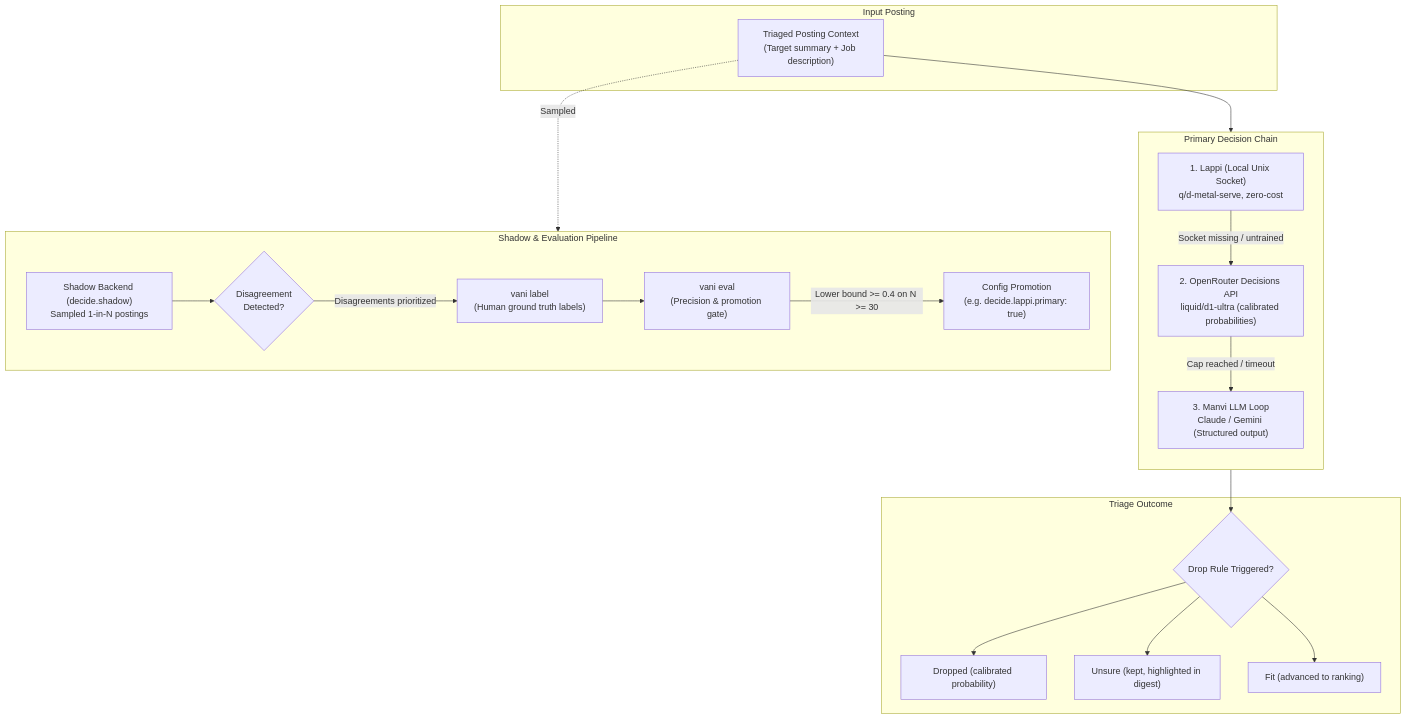
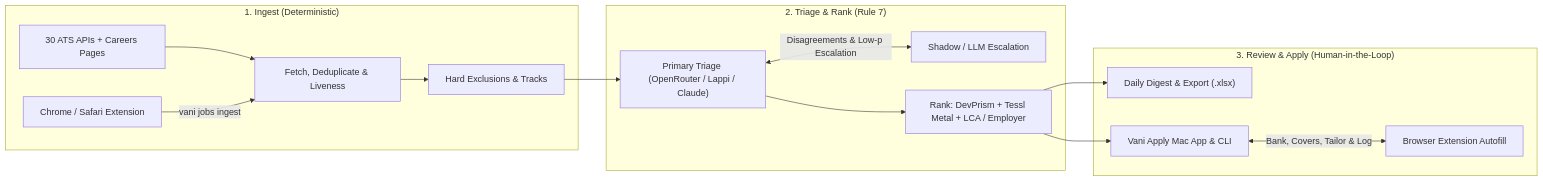
Before and after one commit to bharathvbcr/vani: the diagram in README.md, drawn with Mermaid. The commit also changed other lines of this file and 14 other files, not shown here.

````diff
--- a/README.md
+++ b/README.md
@@ -292,41 +14,20 @@
 ```mermaid
-flowchart TD
-    subgraph Input["Input Posting"]
-        P["Triaged Posting Context\n(Target summary + Job description)"]
-    end
+flowchart LR
+  subgraph Fetch["1. Ingest (Deterministic)"]
+    ATS["30 ATS APIs + Careers Pages"] --> Pipe["Fetch, Deduplicate & Liveness"]
+    Ext["Chrome / Safari Extension"] -->|"vani jobs ingest"| Pipe
+    Pipe --> Filter["Hard Exclusions & Tracks"]
+  end
 
-    subgraph PrimaryChain["Primary Decision Chain"]
-        direction TB
-        LAP["1. Lappi (Local Unix Socket)\nq/d-metal-serve, zero-cost"]
-        OR["2. OpenRouter Decisions API\nliquid/d1-ultra (calibrated probabilities)"]
-        LLM["3. Manvi LLM Loop\nClaude / Gemini (Structured output)"]
-        
-        LAP -->|Socket missing / untrained| OR
-        OR -->|Cap reached / timeout| LLM
-    end
+  subgraph Judge["2. Triage & Rank (Rule 7)"]
+    Filter --> Model["Primary Triage (OpenRouter / Lappi / Claude)"]
+    Model <-->|"Disagreements & Low-p Escalation"| Shadow["Shadow / LLM Escalation"]
+    Model --> Rank["Rank: DevPrism + Tessl Metal + LCA / Employer"]
+  end
 
-    subgraph ShadowSystem["Shadow & Evaluation Pipeline"]
-        SHADOW["Shadow Backend (decide.shadow)\nSampled 1-in-N postings"]
-        DISAGREE{"Disagreement\nDetected?"}
-        LABEL["vani label\n(Human ground truth labels)"]
-        EVAL["vani eval\n(Precision & promotion gate)"]
-        PROMOTE["Config Promotion\n(e.g. decide.lappi.primary: true)"]
-        
-        SHADOW --> DISAGREE
-        DISAGREE -->|Disagreements prioritized| LABEL
-        LABEL --> EVAL
-        EVAL -->|Lower bound >= 0.4 on N >= 30| PROMOTE
-    end
-
-    subgraph Outcomes["Triage Outcome"]
-        DROP_RULE{"Drop Rule Triggered?"}
-        DROP["Dropped (calibrated probability)"]
-        UNSURE["Unsure (kept, highlighted in digest)"]
-        FIT["Fit (advanced to ranking)"]
-    end
-
-    P --> PrimaryChain
-    P -.->|Sampled| ShadowSystem
-    PrimaryChain --> DROP_RULE
-    DROP_RULE --> DROP & UNSURE & FIT
+  subgraph Apply["3. Review & Apply (Human-in-the-Loop)"]
+    Rank --> Digest["Daily Digest & Export (.xlsx)"]
+    Rank --> App["Vani Apply Mac App & CLI"]
+    App <-->|"Bank, Covers, Tailor & Log"| Ext2["Browser Extension Autofill"]
+  end
 ```
````
